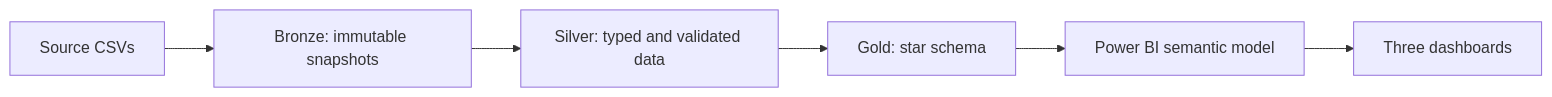
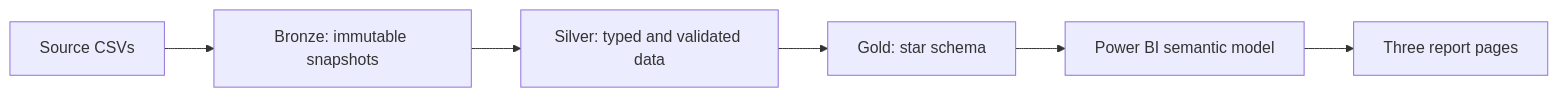
Before and after one commit to thaquan/Electric_Vehicle_Analytics: the diagram in README.md, drawn with Mermaid. The commit also changed other lines of this file and 12 other files, not shown here.

````diff
--- a/README.md
+++ b/README.md
@@ -50,8 +50,8 @@
 ```mermaid
 flowchart LR
     A[Source CSVs] --> B[Bronze: immutable snapshots]
     B --> C[Silver: typed and validated data]
     C --> D[Gold: star schema]
     D --> E[Power BI semantic model]
-    E --> F[Three dashboards]
+    E --> F[Three report pages]
 ```
````
